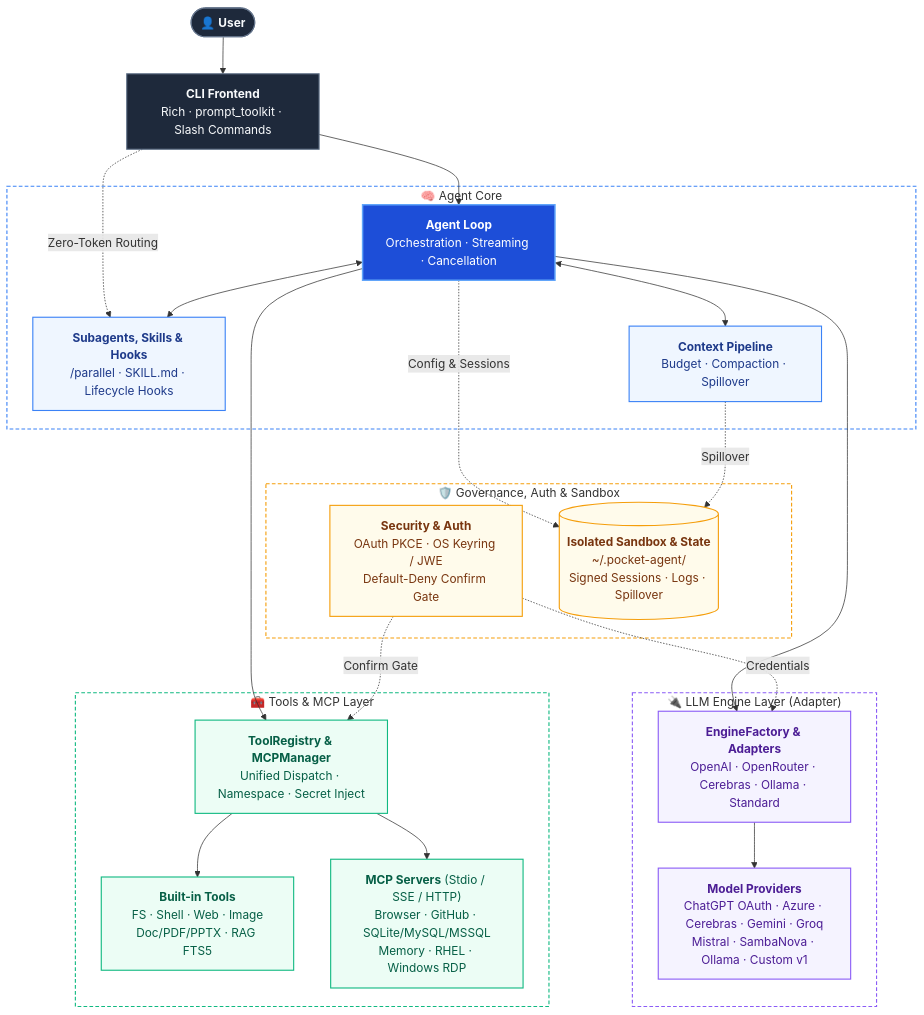
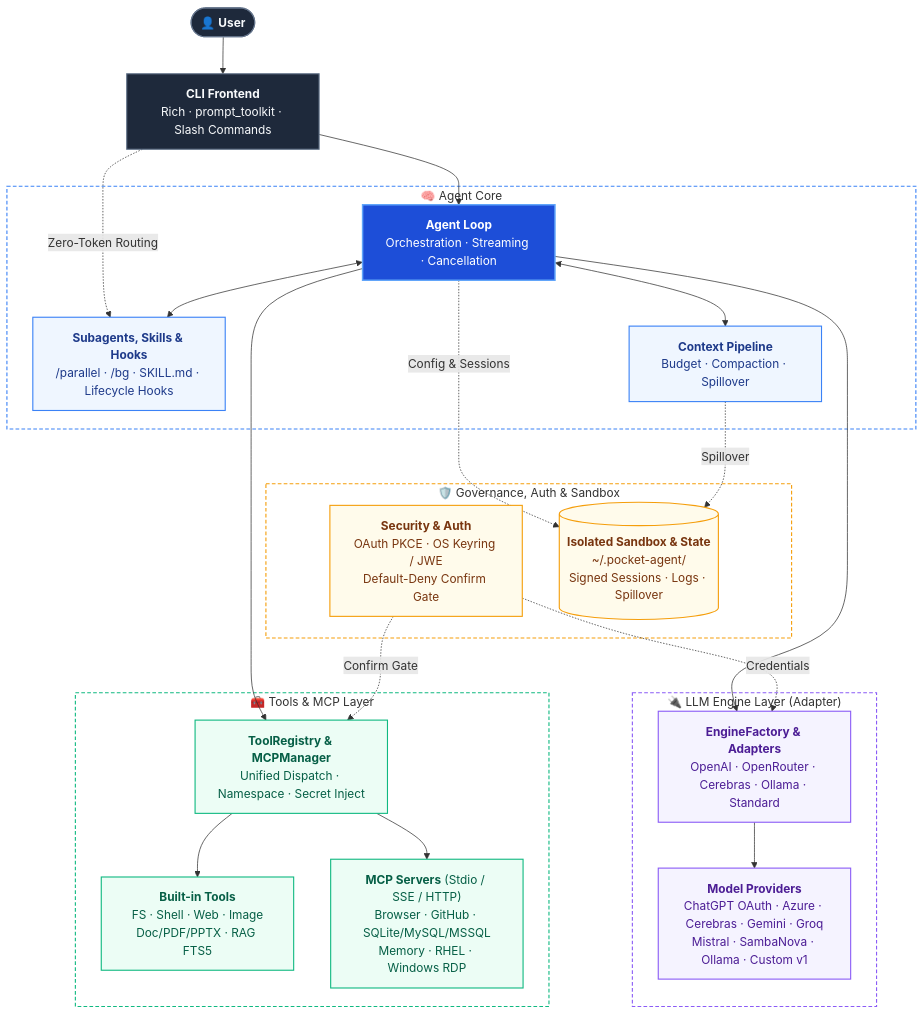
Before and after one commit to zanta0529/pocket-agent: the diagram in README.md, drawn with Mermaid. The commit also changed other lines of this file and 12 other files, not shown here.

````diff
--- a/README.md
+++ b/README.md
@@ -228,60 +230,60 @@
 ```mermaid
 flowchart TB
     User(["👤 <b>User</b>"]) --> CLI["<b>CLI Frontend</b><br/>Rich · prompt_toolkit · Slash Commands"]
 
     CLI --> Agent
     CLI -.->|"Zero-Token Routing"| Extensions
 
     subgraph Core["🧠 Agent Core"]
         Agent["<b>Agent Loop</b><br/>Orchestration · Streaming · Cancellation"]
         Context["<b>Context Pipeline</b><br/>Budget · Compaction · Spillover"]
-        Extensions["<b>Subagents, Skills & Hooks</b><br/>/parallel · SKILL.md · Lifecycle Hooks"]
+        Extensions["<b>Subagents, Skills & Hooks</b><br/>/parallel · /bg · SKILL.md · Lifecycle Hooks"]
         Agent <--> Context
         Agent <--> Extensions
     end
 
     subgraph Engines["🔌 LLM Engine Layer (Adapter)"]
         EngineAdapters["<b>EngineFactory & Adapters</b><br/>OpenAI · OpenRouter · Cerebras · Ollama · Standard"]
         LLMProviders["<b>Model Providers</b><br/>ChatGPT OAuth · Azure · Cerebras · Gemini · Groq<br/>Mistral · SambaNova · Ollama · Custom v1"]
         EngineAdapters --> LLMProviders
     end
 
     subgraph Tools["🧰 Tools & MCP Layer"]
         ToolRegistry["<b>ToolRegistry & MCPManager</b><br/>Unified Dispatch · Namespace · Secret Inject"]
         BuiltinTools["<b>Built-in Tools</b><br/>FS · Shell · Web · Image<br/>Doc/PDF/PPTX · RAG FTS5"]
         MCPServers["<b>MCP Servers</b> (Stdio / SSE / HTTP)<br/>Browser · GitHub · SQLite/MySQL/MSSQL<br/>Memory · RHEL · Windows RDP"]
         ToolRegistry --> BuiltinTools
         ToolRegistry --> MCPServers
     end
 
     subgraph Infra["🛡️ Governance, Auth & Sandbox"]
         Security["<b>Security & Auth</b><br/>OAuth PKCE · OS Keyring / JWE<br/>Default-Deny Confirm Gate"]
         LocalState[("<b>Isolated Sandbox & State</b><br/>~/.pocket-agent/<br/>Signed Sessions · Logs · Spillover")]
     end
 
     Agent --> EngineAdapters
     Agent --> ToolRegistry
     Security -.->|"Credentials"| EngineAdapters
     Security -.->|"Confirm Gate"| ToolRegistry
     Agent -.->|"Config & Sessions"| LocalState
     Context -.->|"Spillover"| LocalState
 
     classDef entry fill:#1e293b,stroke:#64748b,stroke-width:1.5px,color:#f8fafc
     classDef hero fill:#1d4ed8,stroke:#60a5fa,stroke-width:2px,color:#ffffff
     classDef coreSub fill:#eff6ff,stroke:#3b82f6,stroke-width:1.5px,color:#1e3a8a
     classDef engine fill:#f5f3ff,stroke:#8b5cf6,stroke-width:1.5px,color:#4c1d95
     classDef tool fill:#ecfdf5,stroke:#10b981,stroke-width:1.5px,color:#065f46
     classDef infra fill:#fffbeb,stroke:#f59e0b,stroke-width:1.5px,color:#78350f
 
     class User,CLI entry
     class Agent hero
     class Context,Extensions coreSub
     class EngineAdapters,LLMProviders engine
     class ToolRegistry,BuiltinTools,MCPServers tool
     class Security,LocalState infra
 
     style Core fill:transparent,stroke:#3b82f6,stroke-width:1.5px,stroke-dasharray:5 3
     style Engines fill:transparent,stroke:#8b5cf6,stroke-width:1.5px,stroke-dasharray:5 3
     style Tools fill:transparent,stroke:#10b981,stroke-width:1.5px,stroke-dasharray:5 3
     style Infra fill:transparent,stroke:#f59e0b,stroke-width:1.5px,stroke-dasharray:5 3
 ```
````
